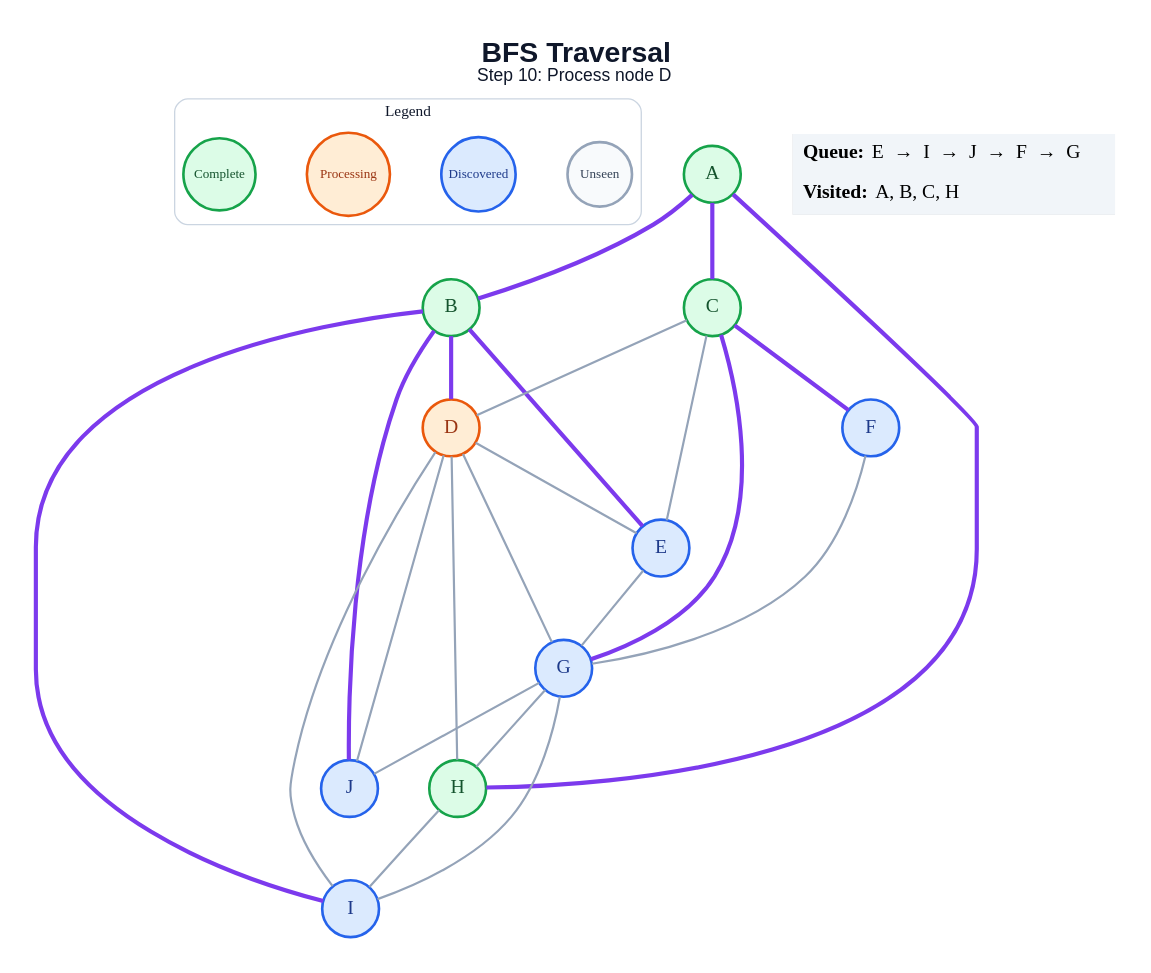
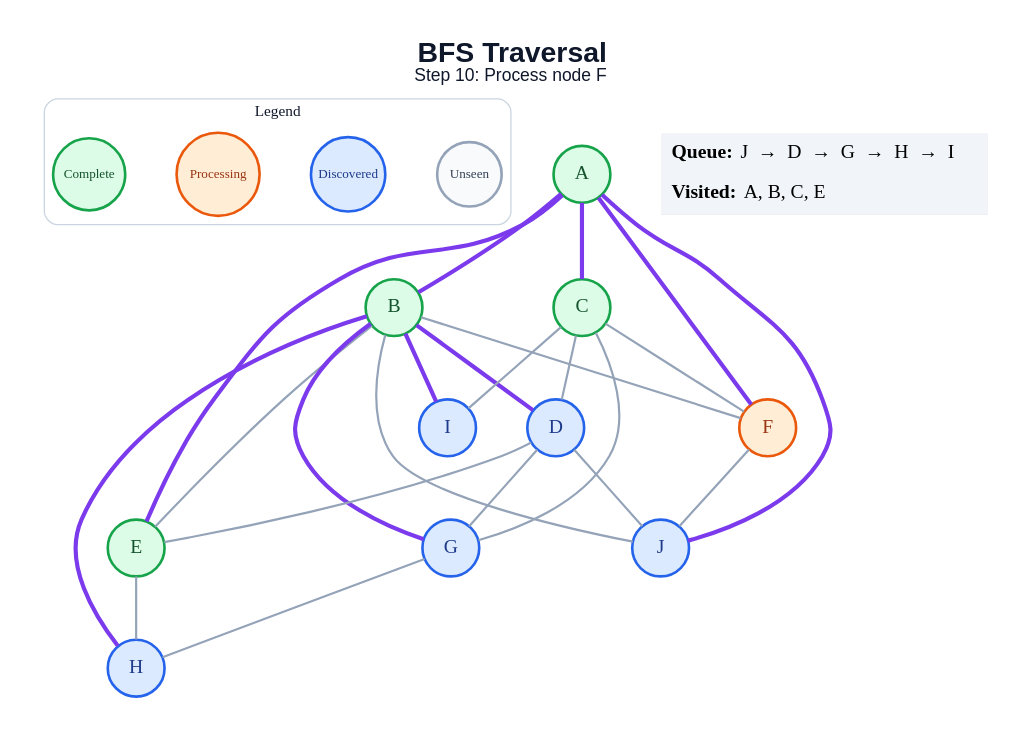
Before and after one commit to anon7238593-create/ai-slop: the diagram in generated/bfs/step_10.dot, drawn with Graphviz. The commit also changed 178 other files, not shown here.

```diff
--- a/generated/bfs/step_10.dot
+++ b/generated/bfs/step_10.dot
@@ -1,51 +1,51 @@
 graph traversal {
   graph [layout=dot, rankdir=TB, bgcolor="#FFFFFF", pad="0.35", nodesep="0.65", ranksep="0.8", fontname="Arial"];
   node [shape=circle, style="filled", fontname="Arial Bold", fontsize=18, width=0.72, fixedsize=true, penwidth=2.4];
   edge [color="#94A3B8", penwidth=2.0];
-  label=<<B>BFS Traversal</B><BR/><FONT POINT-SIZE="16">Step 10: Process node D</FONT>>; labelloc="t"; fontsize=26; fontname="Arial"; fontcolor="#0F172A";
+  label=<<B>BFS Traversal</B><BR/><FONT POINT-SIZE="16">Step 10: Process node F</FONT>>; labelloc="t"; fontsize=26; fontname="Arial"; fontcolor="#0F172A";
   subgraph cluster_legend { label="Legend"; color="#CBD5E1"; penwidth=1.2; style="rounded"; fontsize=14; fontname="Arial Bold";
     key_unseen [label="Unseen", fillcolor="#F8FAFC", color="#94A3B8", fontcolor="#334155", fontsize=12, width=0.82];
     key_frontier [label="Discovered", fillcolor="#DBEAFE", color="#2563EB", fontcolor="#1E3A8A", fontsize=12, width=0.95];
     key_current [label="Processing", fillcolor="#FFEDD5", color="#EA580C", fontcolor="#9A3412", fontsize=12, width=1.05];
     key_done [label="Complete", fillcolor="#DCFCE7", color="#16A34A", fontcolor="#14532D", fontsize=12, width=0.92];
     { rank=same; key_unseen; key_frontier; key_current; key_done; }
   }
   A [fillcolor="#DCFCE7", color="#16A34A", fontcolor="#14532D"];
   B [fillcolor="#DCFCE7", color="#16A34A", fontcolor="#14532D"];
   C [fillcolor="#DCFCE7", color="#16A34A", fontcolor="#14532D"];
-  D [fillcolor="#FFEDD5", color="#EA580C", fontcolor="#9A3412"];
-  E [fillcolor="#DBEAFE", color="#2563EB", fontcolor="#1E3A8A"];
-  F [fillcolor="#DBEAFE", color="#2563EB", fontcolor="#1E3A8A"];
+  D [fillcolor="#DBEAFE", color="#2563EB", fontcolor="#1E3A8A"];
+  E [fillcolor="#DCFCE7", color="#16A34A", fontcolor="#14532D"];
+  F [fillcolor="#FFEDD5", color="#EA580C", fontcolor="#9A3412"];
   G [fillcolor="#DBEAFE", color="#2563EB", fontcolor="#1E3A8A"];
-  H [fillcolor="#DCFCE7", color="#16A34A", fontcolor="#14532D"];
+  H [fillcolor="#DBEAFE", color="#2563EB", fontcolor="#1E3A8A"];
   I [fillcolor="#DBEAFE", color="#2563EB", fontcolor="#1E3A8A"];
   J [fillcolor="#DBEAFE", color="#2563EB", fontcolor="#1E3A8A"];
   A -- B [color="#7C3AED", penwidth=3.8];
   A -- C [color="#7C3AED", penwidth=3.8];
-  A -- H [color="#7C3AED", penwidth=3.8];
+  A -- E [color="#7C3AED", penwidth=3.8];
+  A -- F [color="#7C3AED", penwidth=3.8];
+  A -- J [color="#7C3AED", penwidth=3.8];
   B -- D [color="#7C3AED", penwidth=3.8];
-  B -- E [color="#7C3AED", penwidth=3.8];
+  B -- E;
+  B -- F;
+  B -- G [color="#7C3AED", penwidth=3.8];
+  B -- H [color="#7C3AED", penwidth=3.8];
   B -- I [color="#7C3AED", penwidth=3.8];
-  B -- J [color="#7C3AED", penwidth=3.8];
+  B -- J;
   C -- D;
-  C -- E;
-  C -- F [color="#7C3AED", penwidth=3.8];
-  C -- G [color="#7C3AED", penwidth=3.8];
+  C -- F;
+  C -- G;
+  C -- I;
   D -- E;
   D -- G;
-  D -- H;
-  D -- I;
   D -- J;
-  E -- G;
-  F -- G;
+  E -- H;
+  F -- J;
   G -- H;
-  G -- I;
-  G -- J;
-  H -- I;
   status [shape=plain, fixedsize=false, width=0, height=0, margin=0, label=<
     <TABLE BORDER="0" CELLBORDER="0" CELLPADDING="7" BGCOLOR="#F1F5F9">
-      <TR><TD ALIGN="LEFT"><B>Queue:</B> E  →  I  →  J  →  F  →  G</TD></TR>
-      <TR><TD ALIGN="LEFT"><B>Visited:</B> A, B, C, H</TD></TR>
+      <TR><TD ALIGN="LEFT"><B>Queue:</B> J  →  D  →  G  →  H  →  I</TD></TR>
+      <TR><TD ALIGN="LEFT"><B>Visited:</B> A, B, C, E</TD></TR>
     </TABLE>
   >];
 }
```
